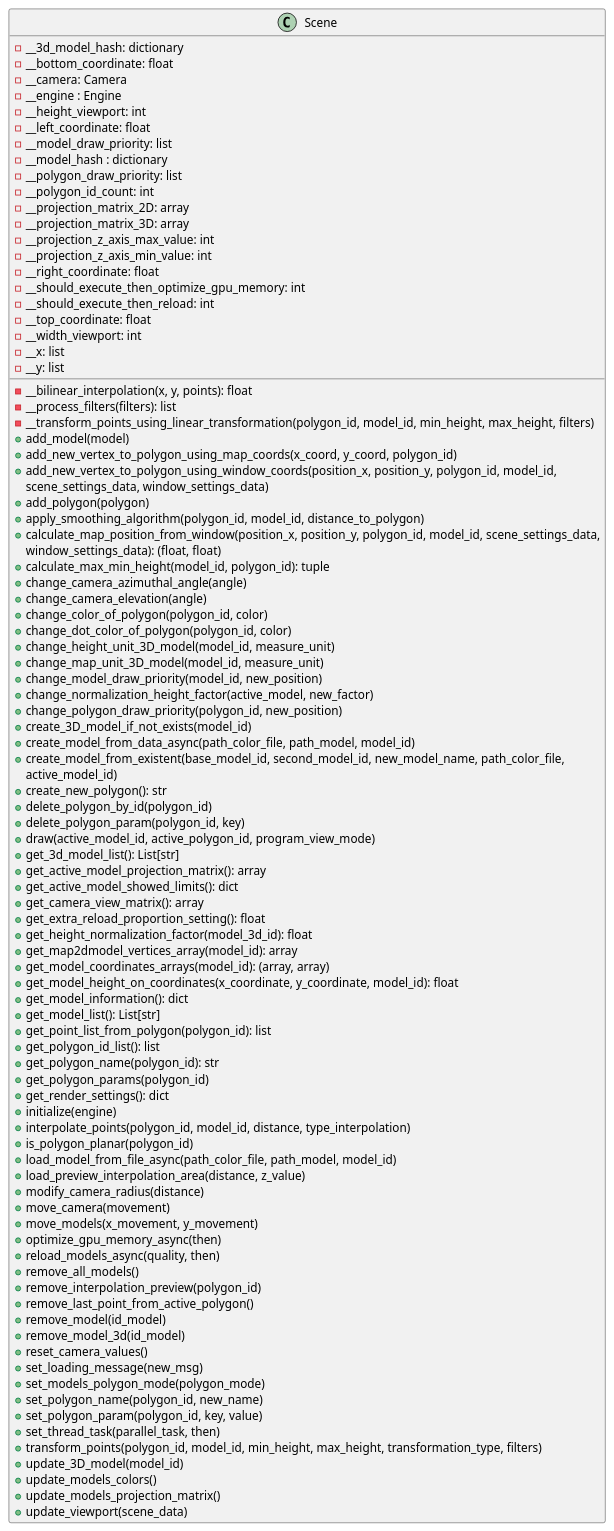
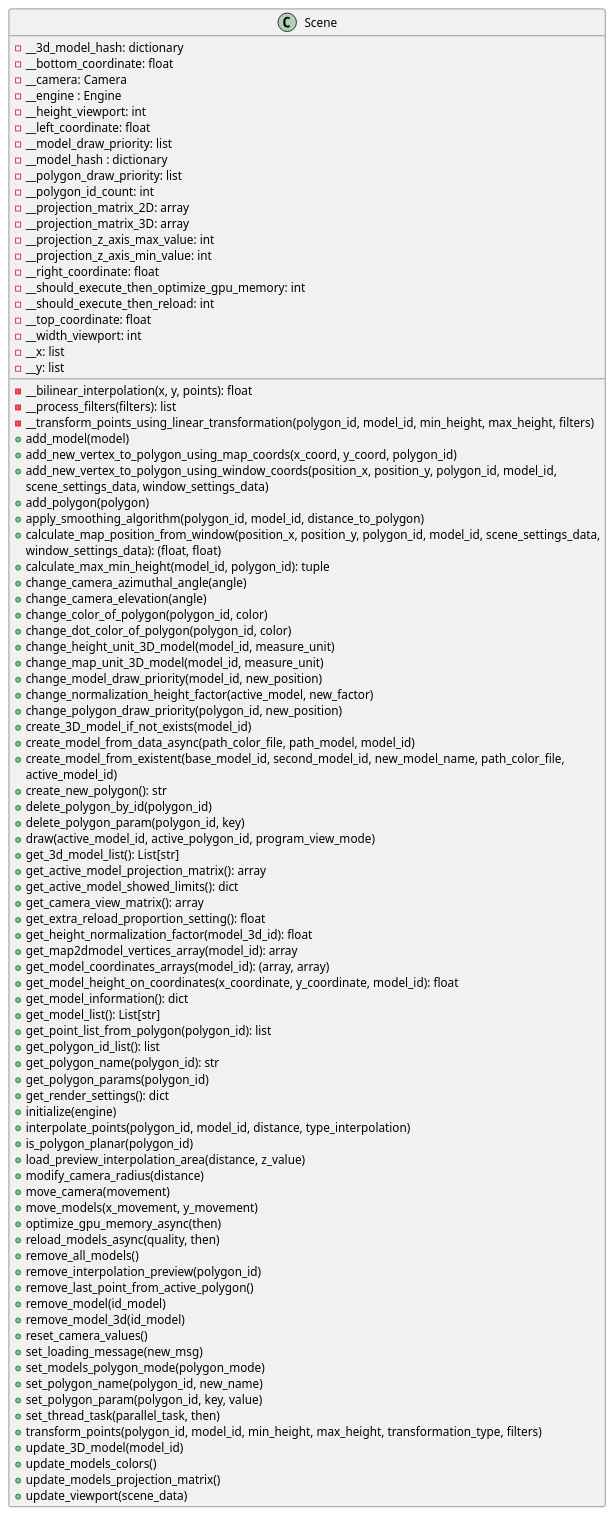
The diagram in docs/classes/Scene.puml (ferpoble2/Relief_Creator), drawn with PlantUML before and after one commit.

```diff
--- a/docs/classes/Scene.puml
+++ b/docs/classes/Scene.puml
@@ -1,97 +1,96 @@
 @startuml
             class Scene{
                 - __bilinear_interpolation(x, y, points): float
                 - __process_filters(filters): list
                 - __transform_points_using_linear_transformation(polygon_id, model_id, min_height, max_height, filters)
                 + add_model(model)
                 + add_new_vertex_to_polygon_using_map_coords(x_coord, y_coord, polygon_id)
                 + add_new_vertex_to_polygon_using_window_coords(position_x, position_y, polygon_id, model_id,
                                                                 scene_settings_data, window_settings_data)
                 + add_polygon(polygon)
                 + apply_smoothing_algorithm(polygon_id, model_id, distance_to_polygon)
                 + calculate_map_position_from_window(position_x, position_y, polygon_id, model_id, scene_settings_data,
                                                        window_settings_data): (float, float)
                 + calculate_max_min_height(model_id, polygon_id): tuple
                 + change_camera_azimuthal_angle(angle)
                 + change_camera_elevation(angle)
                 + change_color_of_polygon(polygon_id, color)
                 + change_dot_color_of_polygon(polygon_id, color)
                 + change_height_unit_3D_model(model_id, measure_unit)
                 + change_map_unit_3D_model(model_id, measure_unit)
                 + change_model_draw_priority(model_id, new_position)
                 + change_normalization_height_factor(active_model, new_factor)
                 + change_polygon_draw_priority(polygon_id, new_position)
                 + create_3D_model_if_not_exists(model_id)
                 + create_model_from_data_async(path_color_file, path_model, model_id)
                 + create_model_from_existent(base_model_id, second_model_id, new_model_name, path_color_file,
                                               active_model_id)
                 + create_new_polygon(): str
                 + delete_polygon_by_id(polygon_id)
                 + delete_polygon_param(polygon_id, key)
                 + draw(active_model_id, active_polygon_id, program_view_mode)
                 + get_3d_model_list(): List[str]
                 + get_active_model_projection_matrix(): array
                 + get_active_model_showed_limits(): dict
                 + get_camera_view_matrix(): array
                 + get_extra_reload_proportion_setting(): float
                 + get_height_normalization_factor(model_3d_id): float
                 + get_map2dmodel_vertices_array(model_id): array
                 + get_model_coordinates_arrays(model_id): (array, array)
                 + get_model_height_on_coordinates(x_coordinate, y_coordinate, model_id): float
                 + get_model_information(): dict
                 + get_model_list(): List[str]
                 + get_point_list_from_polygon(polygon_id): list
                 + get_polygon_id_list(): list
                 + get_polygon_name(polygon_id): str
                 + get_polygon_params(polygon_id)
                 + get_render_settings(): dict
                 + initialize(engine)
                 + interpolate_points(polygon_id, model_id, distance, type_interpolation)
                 + is_polygon_planar(polygon_id)
-                + load_model_from_file_async(path_color_file, path_model, model_id)
                 + load_preview_interpolation_area(distance, z_value)
                 + modify_camera_radius(distance)
                 + move_camera(movement)
                 + move_models(x_movement, y_movement)
                 + optimize_gpu_memory_async(then)
                 + reload_models_async(quality, then)
                 + remove_all_models()
                 + remove_interpolation_preview(polygon_id)
                 + remove_last_point_from_active_polygon()
                 + remove_model(id_model)
                 + remove_model_3d(id_model)
                 + reset_camera_values()
                 + set_loading_message(new_msg)
                 + set_models_polygon_mode(polygon_mode)
                 + set_polygon_name(polygon_id, new_name)
                 + set_polygon_param(polygon_id, key, value)
                 + set_thread_task(parallel_task, then)
                 + transform_points(polygon_id, model_id, min_height, max_height, transformation_type, filters)
                 + update_3D_model(model_id)
                 + update_models_colors()
                 + update_models_projection_matrix()
                 + update_viewport(scene_data)
 
                 - __3d_model_hash: dictionary
                 - __bottom_coordinate: float
                 - __camera: Camera
                 - __engine : Engine
                 - __height_viewport: int
                 - __left_coordinate: float
                 - __model_draw_priority: list
                 - __model_hash : dictionary
                 - __polygon_draw_priority: list
                 - __polygon_id_count: int
                 - __projection_matrix_2D: array
                 - __projection_matrix_3D: array
                 - __projection_z_axis_max_value: int
                 - __projection_z_axis_min_value: int
                 - __right_coordinate: float
                 - __should_execute_then_optimize_gpu_memory: int
                 - __should_execute_then_reload: int
                 - __top_coordinate: float
                 - __width_viewport: int
                 - __x: list
                 - __y: list
             }
 @enduml
```
